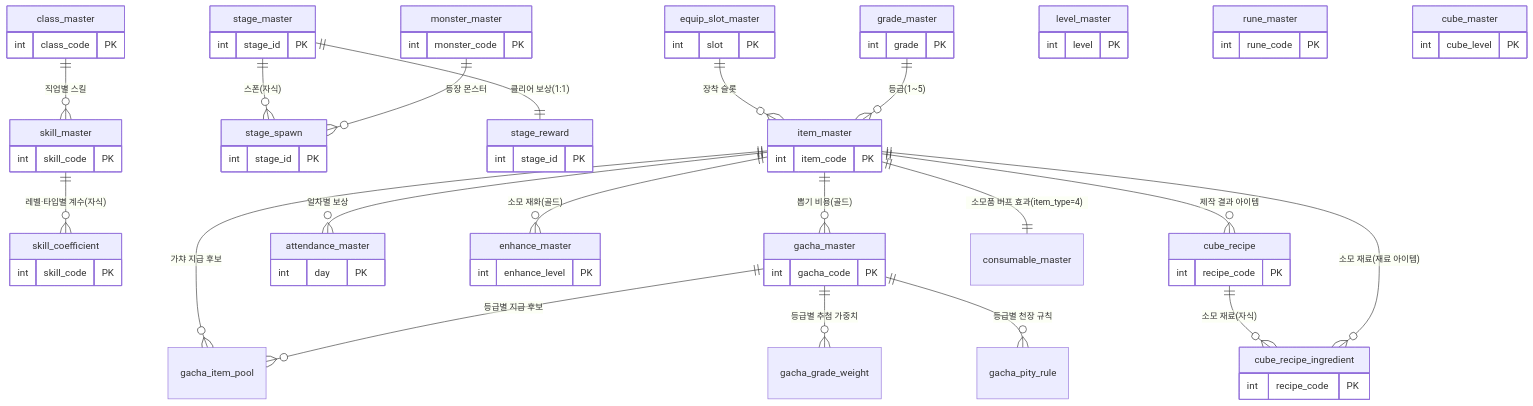
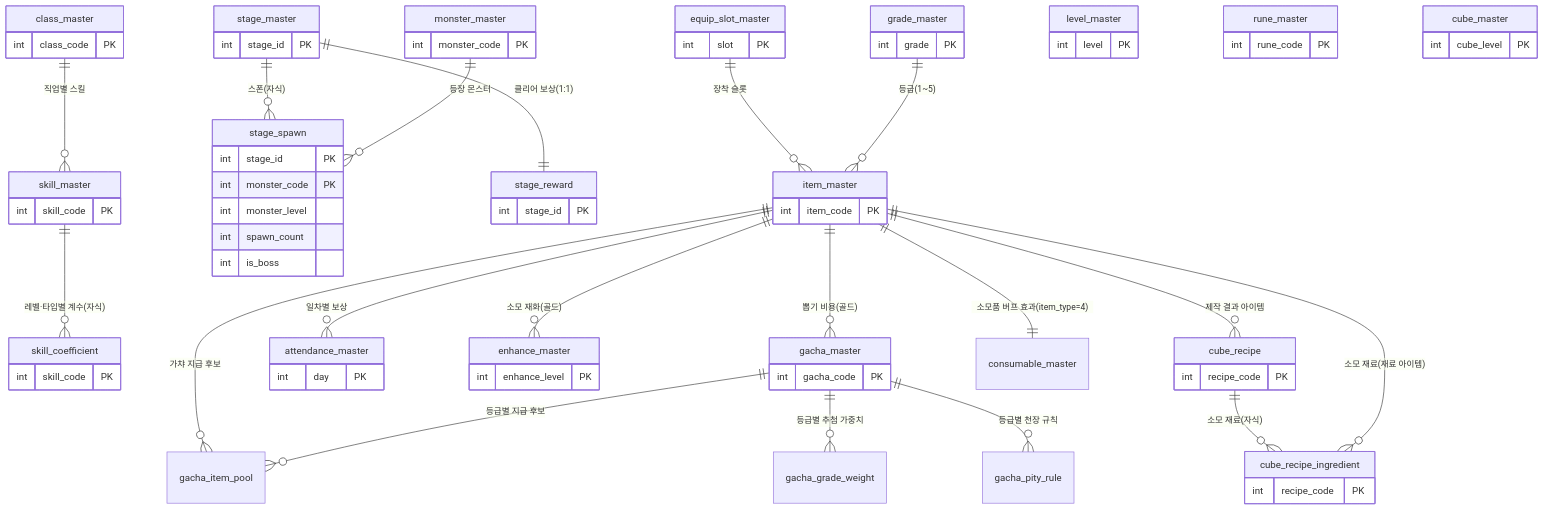
The diagram in docs/세부/master-data/master-data-기획서.md (ks-wook/com2us-taskbar-hero), drawn with Mermaid before and after one commit. The commit also changed other lines of this file and 17 other files, not shown here.

````diff
--- a/docs/세부/master-data/master-data-기획서.md
+++ b/docs/세부/master-data/master-data-기획서.md
@@ -61,40 +61,40 @@
 ```mermaid
 erDiagram
     class_master     ||--o{ skill_master      : "직업별 스킬"
     skill_master     ||--o{ skill_coefficient : "레벨·타입별 계수(자식)"
     stage_master     ||--o{ stage_spawn        : "스폰(자식)"
     monster_master   ||--o{ stage_spawn        : "등장 몬스터"
     stage_master     ||--|| stage_reward       : "클리어 보상(1:1)"
     item_master      ||--o{ gacha_item_pool    : "가챠 지급 후보"
     gacha_master     ||--o{ gacha_grade_weight : "등급별 추첨 가중치"
     gacha_master     ||--o{ gacha_item_pool    : "등급별 지급 후보"
     gacha_master     ||--o{ gacha_pity_rule    : "등급별 천장 규칙"
     item_master      ||--o{ attendance_master  : "일차별 보상"
     equip_slot_master||--o{ item_master        : "장착 슬롯"
     grade_master     ||--o{ item_master        : "등급(1~5)"
     item_master      ||--o{ enhance_master     : "소모 재화(골드)"
     item_master      ||--o{ gacha_master       : "뽑기 비용(골드)"
     cube_recipe      ||--o{ cube_recipe_ingredient : "소모 재료(자식)"
     item_master      ||--o{ cube_recipe        : "제작 결과 아이템"
     item_master      ||--o{ cube_recipe_ingredient : "소모 재료(재료 아이템)"
     item_master      ||--|| consumable_master  : "소모품 버프 효과(item_type=4)"
 
     class_master { int class_code PK }
     level_master { int level PK }
     item_master { int item_code PK }
     equip_slot_master { int slot PK }
     grade_master { int grade PK }
     enhance_master { int enhance_level PK }
     skill_master { int skill_code PK }
     skill_coefficient { int skill_code PK }
     rune_master { int rune_code PK }
     monster_master { int monster_code PK }
     stage_master { int stage_id PK }
-    stage_spawn { int stage_id PK }
+    stage_spawn { int stage_id PK int monster_code PK int monster_level int spawn_count int is_boss }
     stage_reward { int stage_id PK }
     cube_master { int cube_level PK }
     cube_recipe { int recipe_code PK }
     cube_recipe_ingredient { int recipe_code PK }
     gacha_master { int gacha_code PK }
     attendance_master { int day PK }
 ```
````
